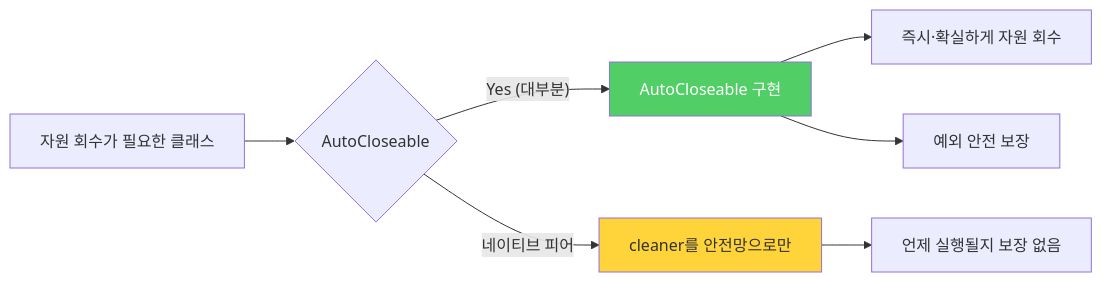
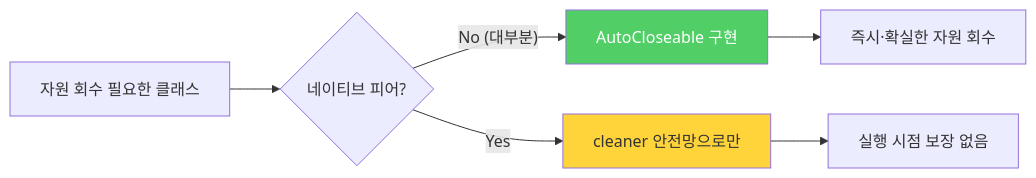
Before and after one commit to yjkim2015/yjkim2015.github.io: the third of 3 diagrams in _posts/java/2021-12-20-effective-java8.md, drawn with Mermaid. The commit also changed 245 other files, not shown here.

First line of the commit message:
Mermaid 다이어그램 전면 수정 + 면접 포인트 접기/펼치기 + DB 데드락 페이지

````diff
--- a/_posts/java/2021-12-20-effective-java8.md
+++ b/_posts/java/2021-12-20-effective-java8.md
@@ -250,11 +250,10 @@
 ```mermaid
 graph LR
-    A["자원 회수가 필요한 클래스"] --> B{"AutoCloseable"}
-    B -->|"Yes (대부분)"| C["AutoCloseable 구현"]
-    B -->|"네이티브 피어"| D["cleaner를 안전망으로만"]
-    C --> C1["즉시·확실하게 자원 회수"]
-    C --> C2["예외 안전 보장"]
-    D --> D1["언제 실행될지 보장 없음"]
+    A["자원 회수 필요한 클래스"] --> B{"네이티브 피어?"}
+    B -->|"No (대부분)"| C["AutoCloseable 구현"]
+    B -->|"Yes"| D["cleaner 안전망으로만"]
+    C --> C1["즉시·확실한 자원 회수"]
+    D --> D1["실행 시점 보장 없음"]
     style C fill:#51cf66,color:#fff
     style D fill:#ffd43b
 ```
````
